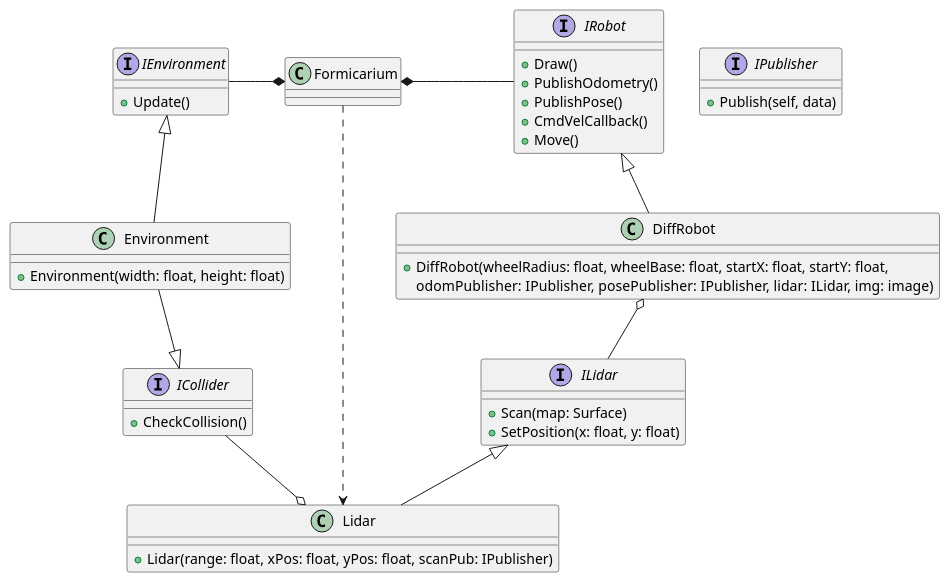
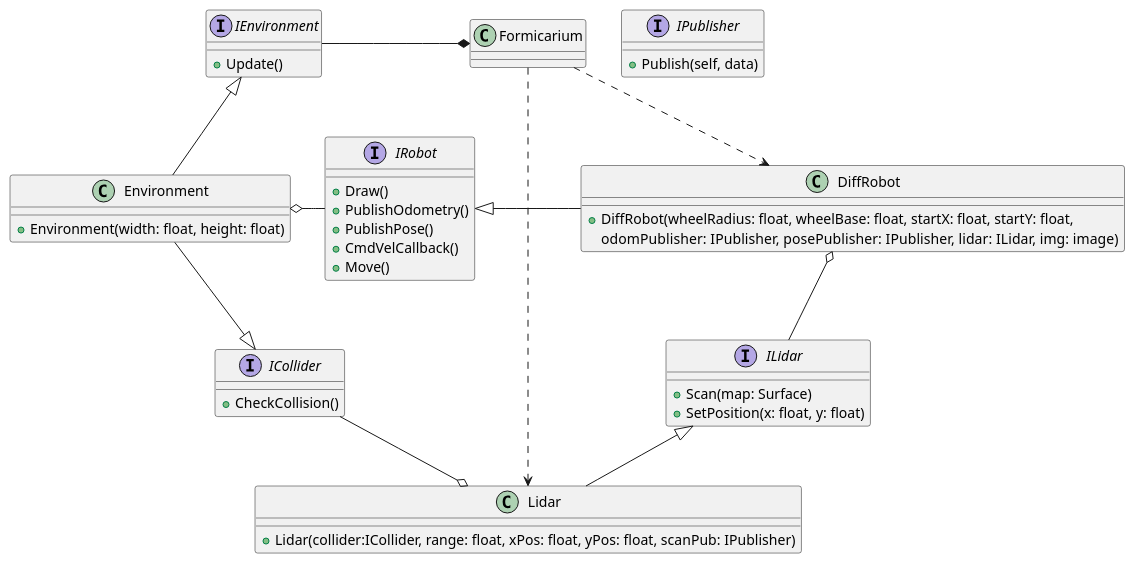
The diagram in design/Classdiagram.puml (TeamSolenopsis/Formicarium), drawn with PlantUML before and after one commit. The commit also changed 6 other files, not shown here.

```diff
--- a/design/Classdiagram.puml
+++ b/design/Classdiagram.puml
@@ -1,59 +1,60 @@
 @startuml
 
 class Formicarium{
 
 }
 
 interface IEnvironment{
     +Update()
 }
 
 interface ICollider{
     +CheckCollision()
 }
 
 class Environment{
     +Environment(width: float, height: float)
 }
 
 interface IPublisher{
     +Publish(self, data)
 }
 
 interface IRobot{
     +Draw()
     +PublishOdometry()
     +PublishPose()
     +CmdVelCallback()
     +Move()
 }
 
 class DiffRobot{
     +DiffRobot(wheelRadius: float, wheelBase: float, startX: float, startY: float,
                  odomPublisher: IPublisher, posePublisher: IPublisher, lidar: ILidar, img: image)
 }
 
 interface ILidar{
     +Scan(map: Surface)
     +SetPosition(x: float, y: float)
 }
 
 class Lidar{
-    +Lidar(range: float, xPos: float, yPos: float, scanPub: IPublisher)
+    +Lidar(collider:ICollider, range: float, xPos: float, yPos: float, scanPub: IPublisher)
 }
 
 IEnvironment <|-- Environment
 ICollider <|-left- Environment
 Formicarium *-left- IEnvironment
-Formicarium *-right- IRobot 
+Environment o-right- IRobot 
 
 Formicarium ..> Lidar
+Formicarium ..> DiffRobot
 
-IRobot <|-- DiffRobot
+IRobot <|-right- DiffRobot
 ILidar <|-- Lidar
 DiffRobot o-- ILidar
 Lidar o-left- ICollider
 
 
 
 @enduml
```
